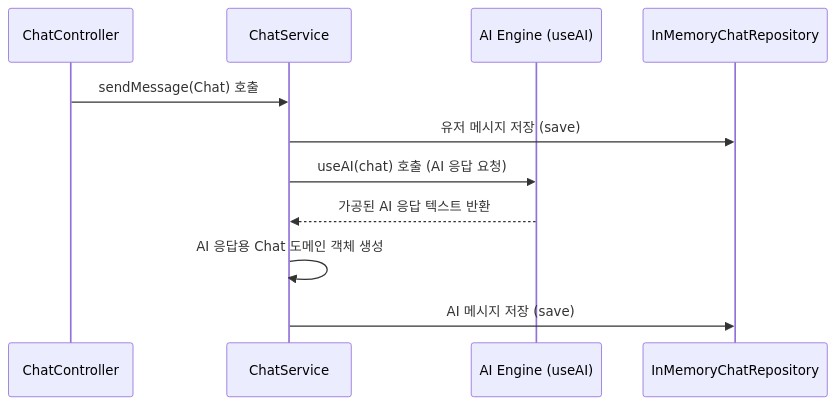
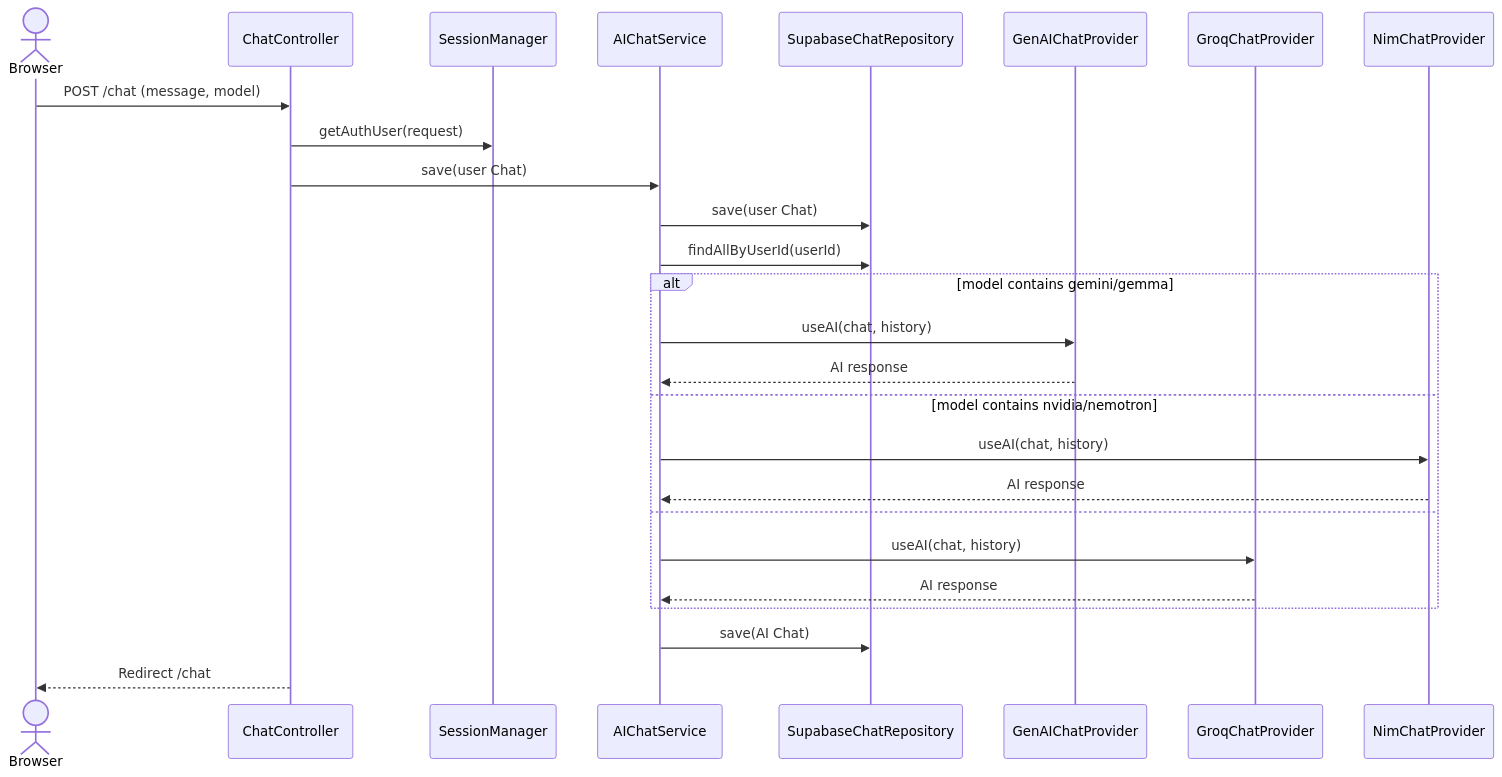
One commit to AIBE7-Dev2gether/mini_project_chatBot changed the fifth of 5 diagrams in docs/dataFlow/data_flow.md. Above: the diagram before and after it, drawn with Mermaid. The commit also changed other lines of this file and 3 other files, not shown here.

````diff
--- a/docs/dataFlow/data_flow.md
+++ b/docs/dataFlow/data_flow.md
@@ -59,14 +119,29 @@
 ```mermaid
 sequenceDiagram
-    participant Controller as ChatController
-    participant Service as ChatService
-    participant AI as AI Engine (useAI)
-    participant Repo as InMemoryChatRepository
+    actor Client as Browser
+    participant ChatController
+    participant SessionManager
+    participant ChatService as AIChatService
+    participant ChatRepo as SupabaseChatRepository
+    participant GenAI as GenAIChatProvider
+    participant Groq as GroqChatProvider
+    participant NIM as NimChatProvider
 
-    Controller->>Service: sendMessage(Chat) 호출
-    Service->>Repo: 유저 메시지 저장 (save)
-    Service->>AI: useAI(chat) 호출 (AI 응답 요청)
-    AI-->>Service: 가공된 AI 응답 텍스트 반환
-    Service->>Service: AI 응답용 Chat 도메인 객체 생성
-    Service->>Repo: AI 메시지 저장 (save)
+    Client->>ChatController: POST /chat (message, model)
+    ChatController->>SessionManager: getAuthUser(request)
+    ChatController->>ChatService: save(user Chat)
+    ChatService->>ChatRepo: save(user Chat)
+    ChatService->>ChatRepo: findAllByUserId(userId)
+    alt model contains gemini/gemma
+        ChatService->>GenAI: useAI(chat, history)
+        GenAI-->>ChatService: AI response
+    else model contains nvidia/nemotron
+        ChatService->>NIM: useAI(chat, history)
+        NIM-->>ChatService: AI response
+    else
+        ChatService->>Groq: useAI(chat, history)
+        Groq-->>ChatService: AI response
+    end
+    ChatService->>ChatRepo: save(AI Chat)
+    ChatController-->>Client: Redirect /chat
 ```
````
